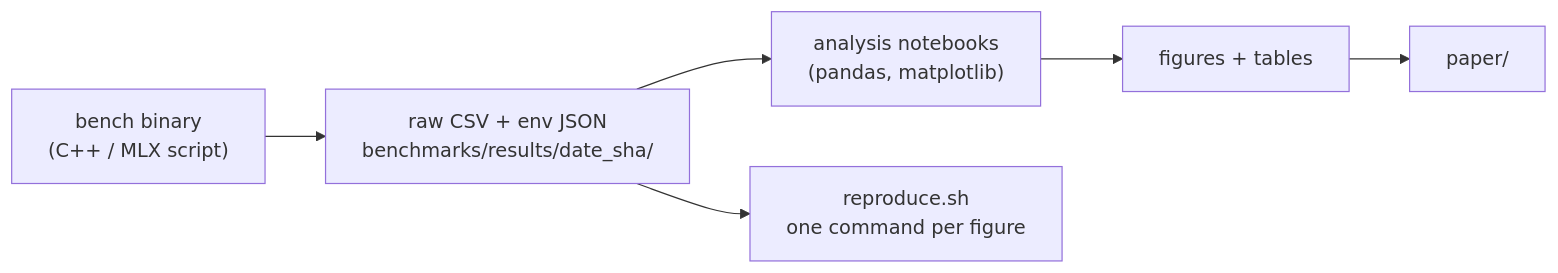
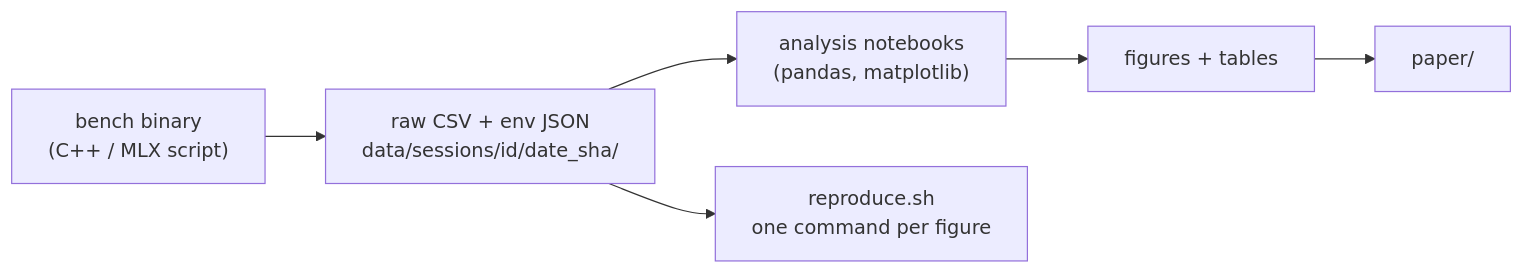
Before and after one commit to bibek198/ComputeEdge: the seventh of 8 diagrams in docs/plan_and_architecture.md, drawn with Mermaid. The commit also changed 163 other files, not shown here.

````diff
--- a/docs/plan_and_architecture.md
+++ b/docs/plan_and_architecture.md
@@ -308,7 +308,7 @@
 ```mermaid
 flowchart LR
-    B["bench binary<br/>(C++ / MLX script)"] --> R["raw CSV + env JSON<br/>benchmarks/results/date_sha/"]
+    B["bench binary<br/>(C++ / MLX script)"] --> R["raw CSV + env JSON<br/>data/sessions/id/date_sha/"]
     R --> P["analysis notebooks<br/>(pandas, matplotlib)"]
     P --> F["figures + tables"] --> Paper["paper/"]
     R --> Repro["reproduce.sh<br/>one command per figure"]
 ```
````
